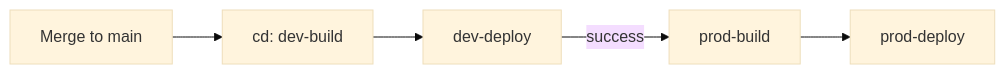
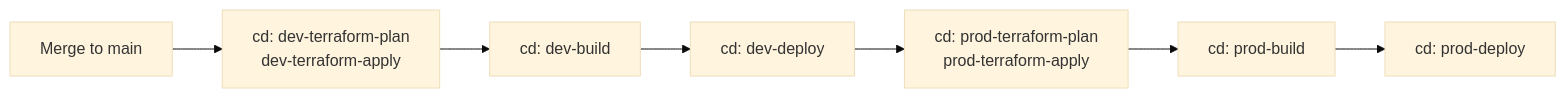
Before and after one commit to MetehanBolat/GH-DevSecOps: the diagram in docs/DEVSECOPS-AUTOMATION-SETUP.md, drawn with Mermaid (base theme). The commit also changed other lines of this file and 4 other files, not shown here.

````diff
--- a/docs/DEVSECOPS-AUTOMATION-SETUP.md
+++ b/docs/DEVSECOPS-AUTOMATION-SETUP.md
@@ -33,7 +29,9 @@
 ```mermaid
 flowchart LR
-    MAIN[Merge to main] --> DB[cd: dev-build]
-    DB --> DD[dev-deploy]
-    DD -->|success| PB[prod-build]
-    PB --> PD[prod-deploy]
+    MAIN[Merge to main] --> DT[cd: dev-terraform-plan<br/>dev-terraform-apply]
+    DT --> DB[cd: dev-build]
+    DB --> DD[cd: dev-deploy]
+    DD --> PT[cd: prod-terraform-plan<br/>prod-terraform-apply]
+    PT --> PB[cd: prod-build]
+    PB --> PD[cd: prod-deploy]
 ```
````
